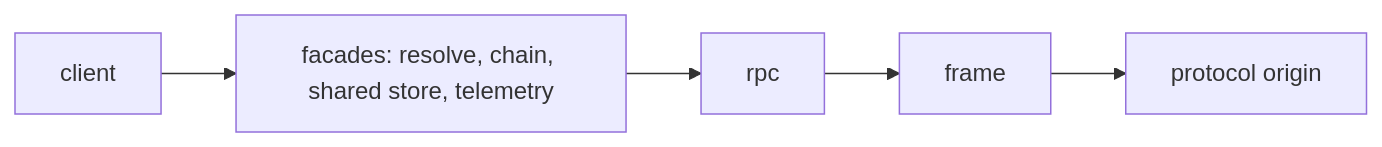
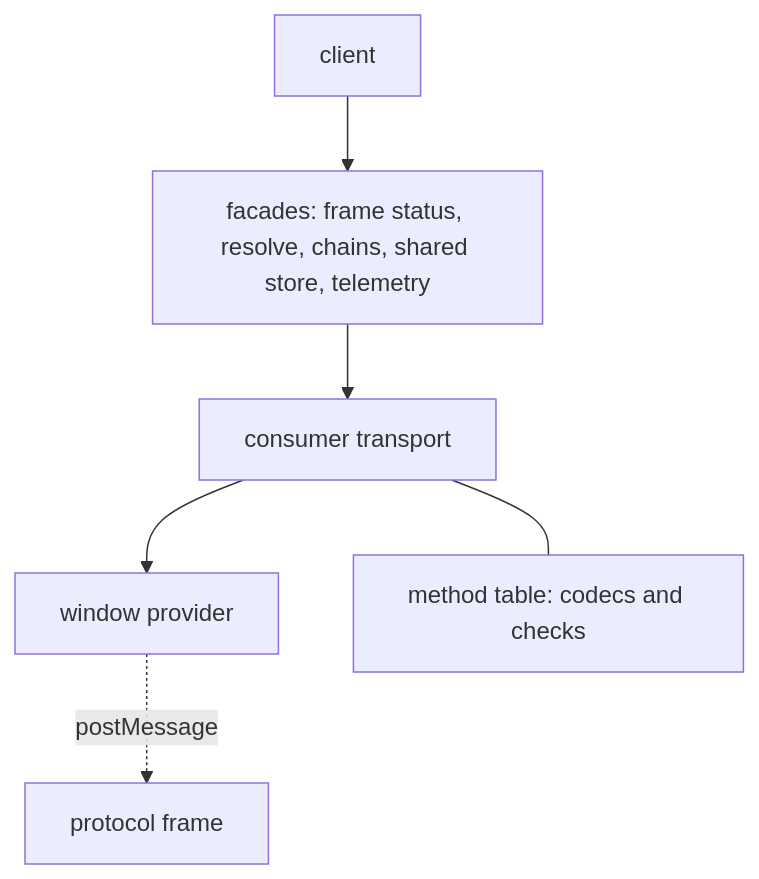
Before and after one commit to paritytech/dotli-community: the diagram in packages/protocol/README.md, drawn with Mermaid. The commit also changed other lines of this file and 1 other file, not shown here.

Commit message:
docs(protocol): the wire is a typed transport over scale-ts

````diff
--- a/packages/protocol/README.md
+++ b/packages/protocol/README.md
@@ -16,5 +16,8 @@
 ```mermaid
-flowchart LR
-  client --> facades["facades: resolve, chain, shared store, telemetry"]
-  facades --> rpc --> frame --> origin[protocol origin]
+flowchart TB
+  client --> facades["facades: frame status, resolve, chains, shared store, telemetry"]
+  facades --> transport["consumer transport"]
+  transport --> provider["window provider"]
+  provider -. postMessage .-> frame[protocol frame]
+  transport --- methods["method table: codecs and checks"]
 ```
````
